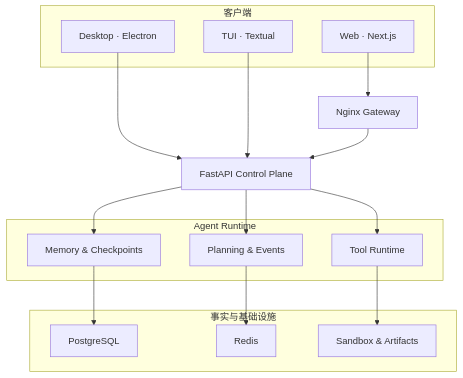
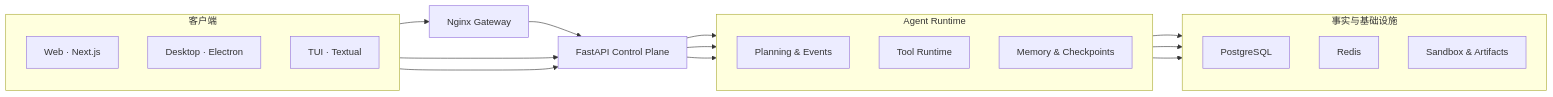
The diagram in README.md (malevrigns/atlas-agent-control-plane), drawn with Mermaid before and after one commit. The commit also changed other lines of this file and 4 other files, not shown here.

````diff
--- a/README.md
+++ b/README.md
@@ -45,34 +68,37 @@
 ```mermaid
-flowchart TD
+flowchart LR
     subgraph Clients["客户端"]
+        direction TB
         Web["Web · Next.js"]
         Desktop["Desktop · Electron"]
         TUI["TUI · Textual"]
     end
 
     Gateway["Nginx Gateway"]
     API["FastAPI Control Plane"]
 
     subgraph Runtime["Agent Runtime"]
+        direction TB
         Planner["Planning & Events"]
         Tools["Tool Runtime"]
         Memory["Memory & Checkpoints"]
     end
 
     subgraph Data["事实与基础设施"]
+        direction TB
         Postgres["PostgreSQL"]
         Redis["Redis"]
         Sandbox["Sandbox & Artifacts"]
     end
 
     Web --> Gateway
     Desktop --> API
     TUI --> API
     Gateway --> API
     API --> Planner
     API --> Tools
     API --> Memory
     Planner --> Redis
     Tools --> Sandbox
     Memory --> Postgres
 ```
````
